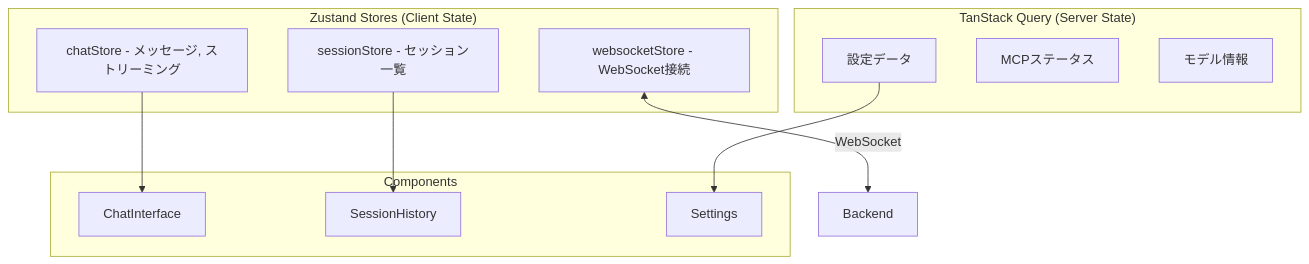
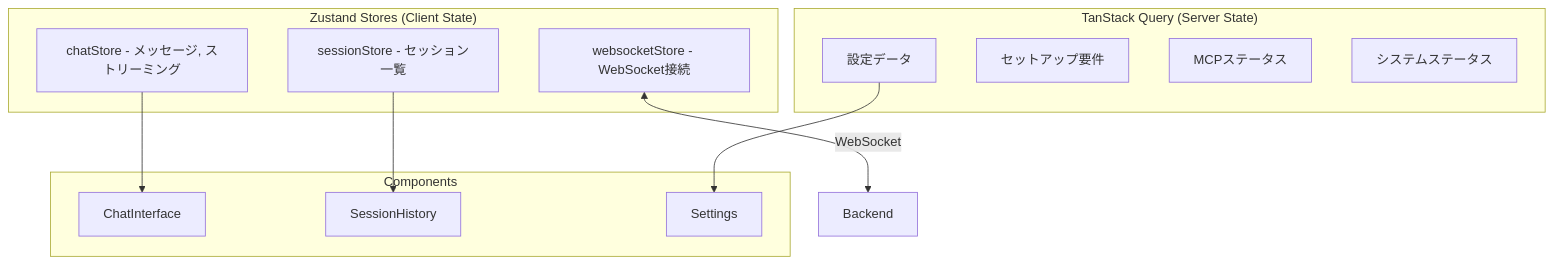
Before and after one commit to coco4atJP/Tepora-alpha: the eighth of 10 diagrams in docs/architecture/ARCHITECTURE.md, drawn with Mermaid. The commit also changed other lines of this file, not shown here.

Commit message:
docs: update architecture documentation to v5.02

````diff
--- a/docs/architecture/ARCHITECTURE.md
+++ b/docs/architecture/ARCHITECTURE.md
@@ -675,25 +683,26 @@
 ```mermaid
 graph TB
     subgraph "Zustand Stores (Client State)"
         Chat[chatStore - メッセージ, ストリーミング]
         Session[sessionStore - セッション一覧]
         WS[websocketStore - WebSocket接続]
     end
   
     subgraph "TanStack Query (Server State)"
         Config[設定データ]
+        Req[セットアップ要件]
         MCPStatus[MCPステータス]
-        Models[モデル情報]
+        Sys[システムステータス]
     end
   
     subgraph "Components"
         ChatInterface
         SessionHistory
         Settings
     end
   
     WS <-->|WebSocket| Backend
     Chat --> ChatInterface
     Session --> SessionHistory
     Config --> Settings
 ```
````
